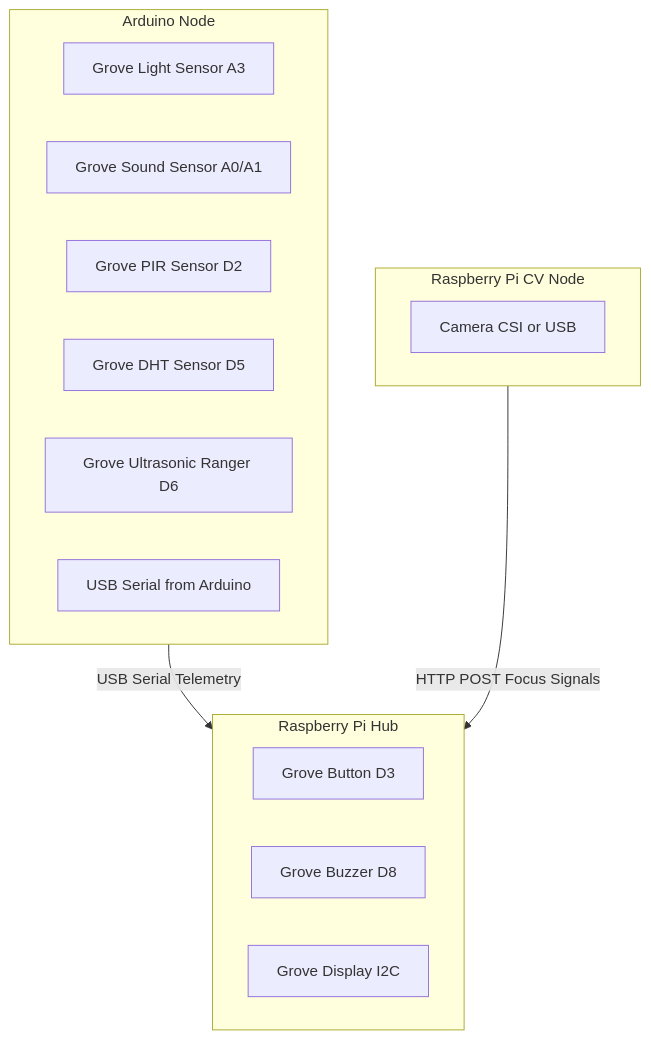
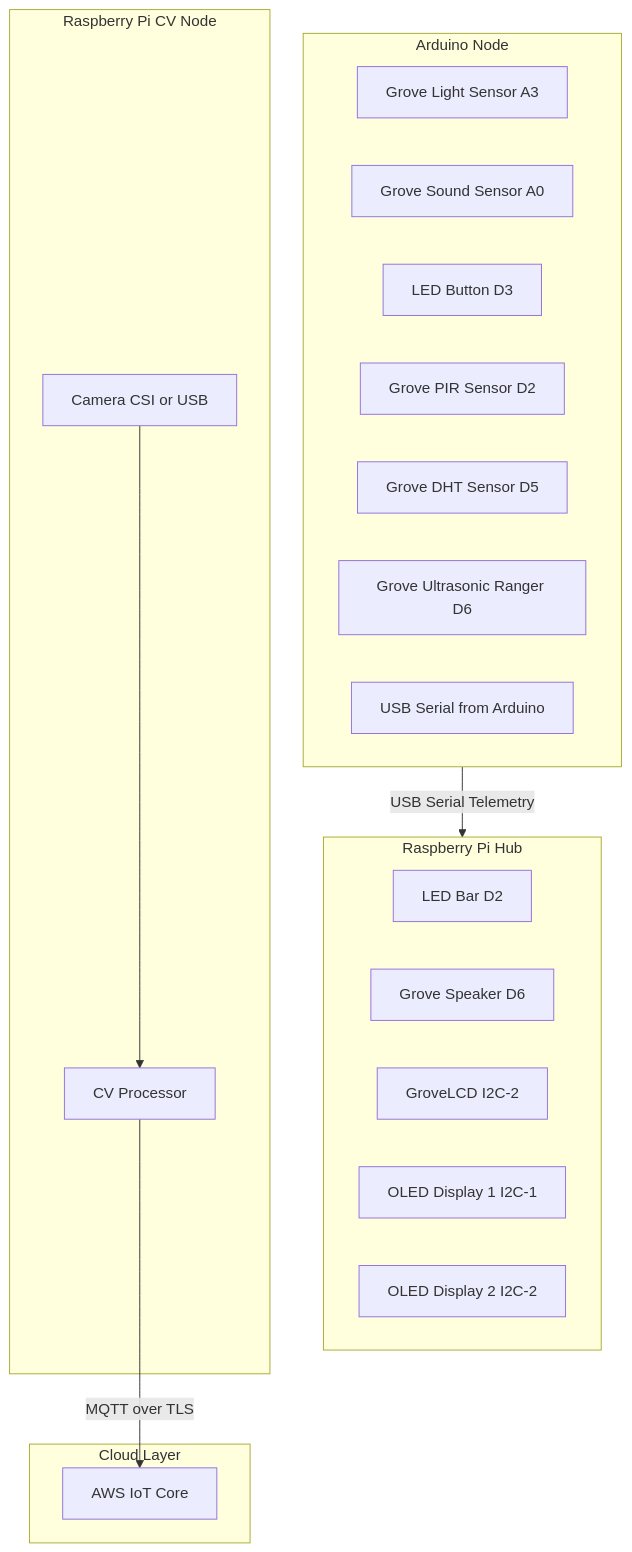
One commit to MichalisCYP/CMT223 changed the second of 2 diagrams in docs/2. Architecture and Design/SystemArchitecture.md. Above: the diagram before and after it, drawn with Mermaid. The commit also changed other lines of this file and 2 other files, not shown here.

Commit message:
updated diagrams

````diff
--- a/docs/2. Architecture and Design/SystemArchitecture.md
+++ b/docs/2. Architecture and Design/SystemArchitecture.md
@@ -150,24 +163,33 @@
 ```mermaid
 flowchart TB
     subgraph ARD[Arduino Node]
         ALS[Grove Light Sensor A3]
-        ASD[Grove Sound Sensor A0/A1]
+        ASD[Grove Sound Sensor A0]
+        ALBTN[LED Button D3]
         APIR[Grove PIR Sensor D2]
         ADHT[Grove DHT Sensor D5]
         ADIST[Grove Ultrasonic Ranger D6]
         ABT[USB Serial from Arduino]
     end
 
     subgraph HUB[Raspberry Pi Hub]
-        HBTN[Grove Button D3]
-        HBUZ[Grove Buzzer D8]
-        HDIS[Grove Display I2C]
+        HLBAR[LED Bar D2]
+        HSPK[Grove Speaker D6]
+        HLCD[GroveLCD I2C-2]
+        HOLED1[OLED Display 1 I2C-1]
+        HOLED2[OLED Display 2 I2C-2]
     end
 
     subgraph CV[Raspberry Pi CV Node]
         CAM[Camera CSI or USB]
+        CVP[CV Processor]
+    end
+
+    subgraph CLOUD[Cloud Layer]
+        AWS[AWS IoT Core]
     end
 
     ARD -->|USB Serial Telemetry| HUB
-    CV -->|HTTP POST Focus Signals| HUB
+    CAM --> CVP
+    CVP -->|MQTT over TLS| AWS
 ```
````
